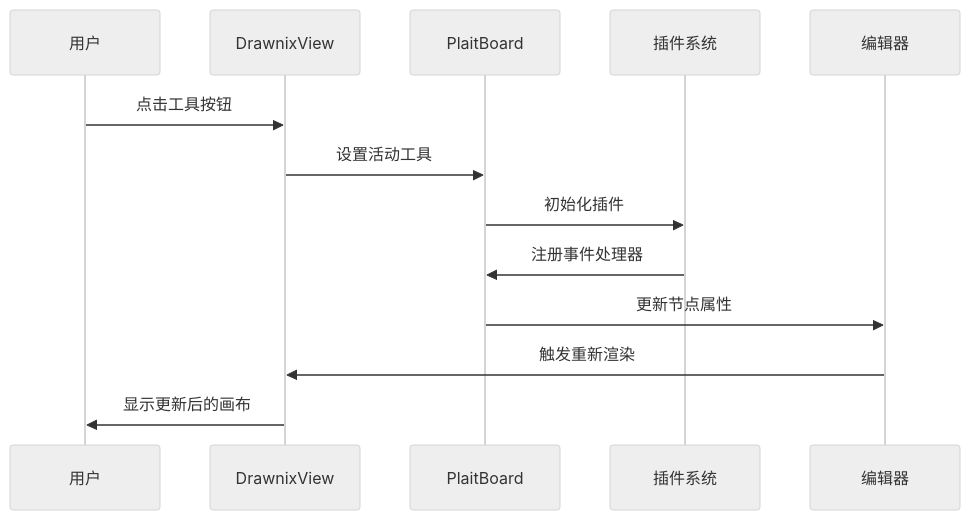
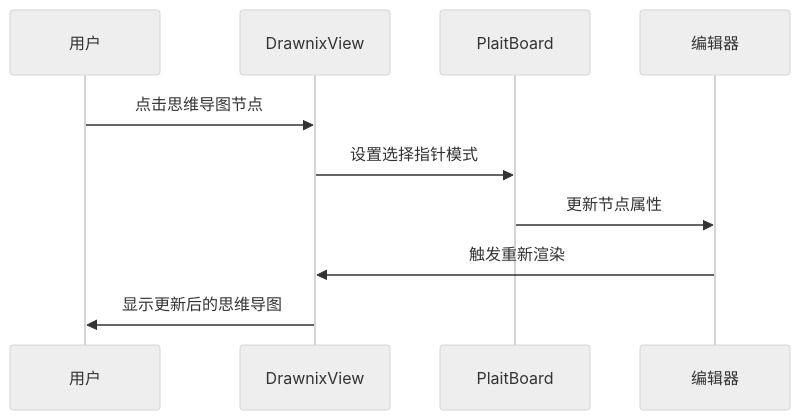
One commit to LRF0422/Kotion changed the fifth of 10 diagrams in .qoder/repowiki/zh/content/Plugin Drawnix.md. Above: the diagram before and after it, drawn with Mermaid (neutral theme). The commit also changed other lines of this file and 14 other files, not shown here.

````diff
--- a/.qoder/repowiki/zh/content/Plugin Drawnix.md
+++ b/.qoder/repowiki/zh/content/Plugin Drawnix.md
@@ -204,15 +191,12 @@
 ```mermaid
 sequenceDiagram
 participant User as 用户
 participant View as DrawnixView
 participant Board as PlaitBoard
-participant Plugins as 插件系统
 participant Editor as 编辑器
-User->>View : 点击工具按钮
-View->>Board : 设置活动工具
-Board->>Plugins : 初始化插件
-Plugins->>Board : 注册事件处理器
+User->>View : 点击思维导图节点
+View->>Board : 设置选择指针模式
 Board->>Editor : 更新节点属性
 Editor->>View : 触发重新渲染
-View->>User : 显示更新后的画布
+View->>User : 显示更新后的思维导图
 ```
````
